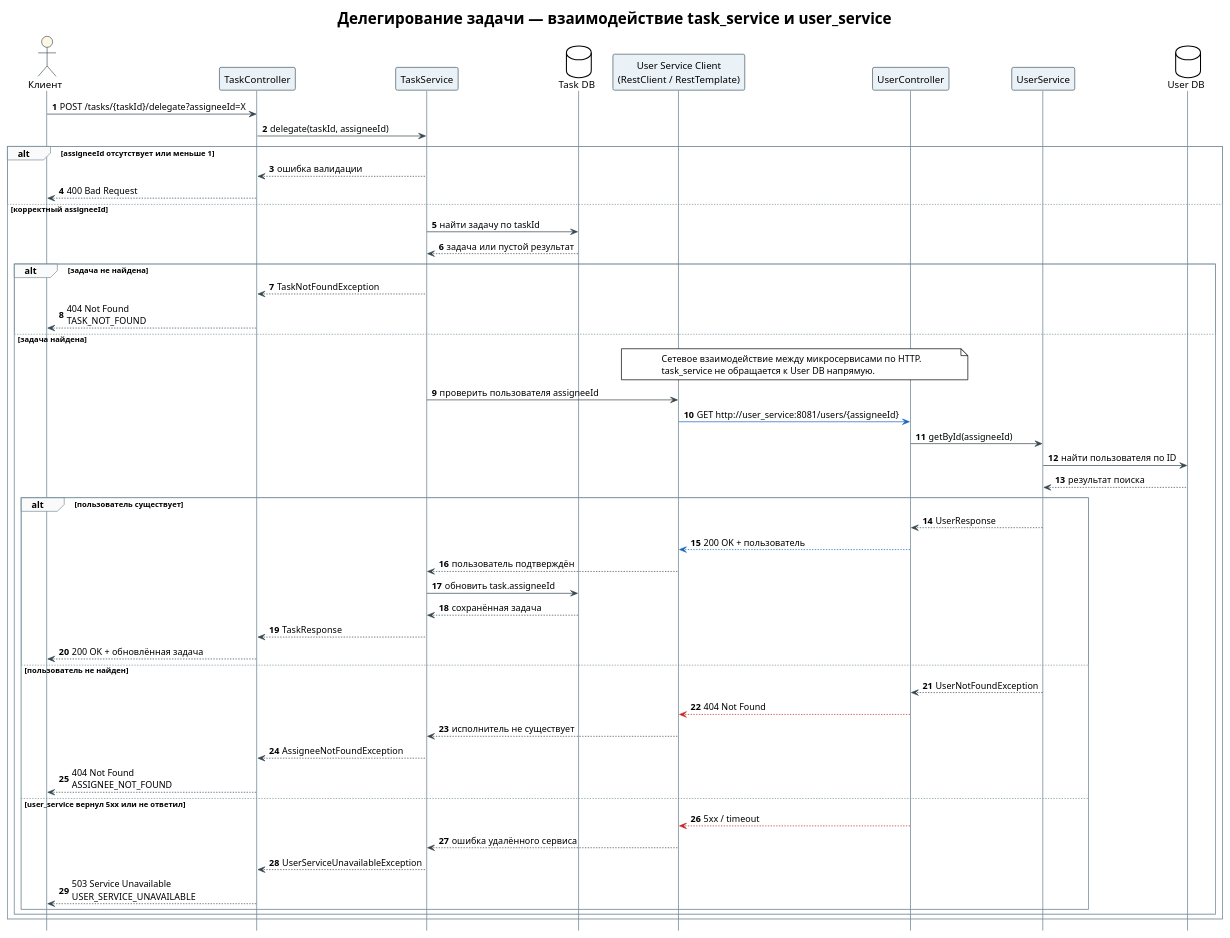
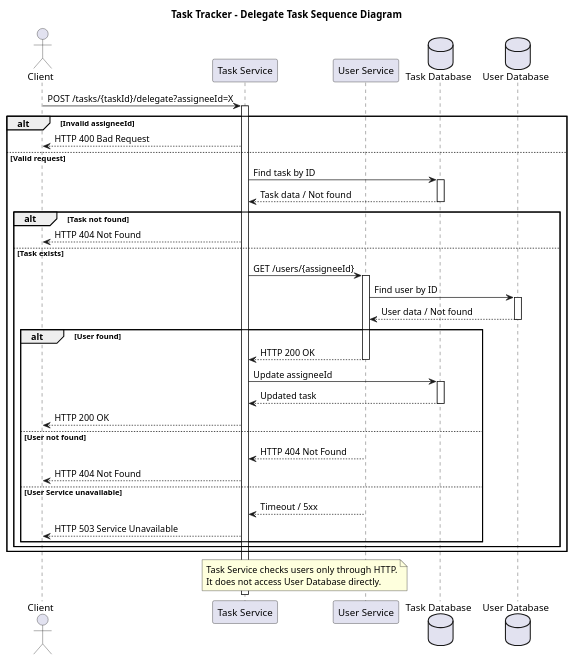
The diagram in docs/delegate-task-sequence.puml (sendmeyoursm1le/task-tracker-monorepo), drawn with PlantUML before and after one commit. The commit also changed 14 other files, not shown here.

```diff
--- a/docs/delegate-task-sequence.puml
+++ b/docs/delegate-task-sequence.puml
@@ -1,77 +1,60 @@
 @startuml
-!theme plain
+title Task Tracker - Delegate Task Sequence Diagram
 
-title Делегирование задачи — взаимодействие task_service и user_service
-autonumber
-hide footbox
+actor Client
+participant "Task Service" as TS
+participant "User Service" as US
+database "Task Database" as TD
+database "User Database" as UD
 
-skinparam shadowing false
-skinparam sequence {
-  ArrowColor #37474F
-  LifeLineBorderColor #607D8B
-  ParticipantBorderColor #455A64
-  ParticipantBackgroundColor #EAF2F8
-  ActorBorderColor #455A64
-  ActorBackgroundColor #FFF8E1
-  GroupBorderColor #78909C
-  GroupBackgroundColor #FAFAFA
-}
+Client -> TS: POST /tasks/{taskId}/delegate?assigneeId=X
+activate TS
 
-actor "Клиент" as Client
-participant "TaskController" as TC
-participant "TaskService" as TS
-database "Task DB" as TDB
-participant "User Service Client\n(RestClient / RestTemplate)" as HTTP
-participant "UserController" as UC
-participant "UserService" as US
-database "User DB" as UDB
+alt Invalid assigneeId
+    TS --> Client: HTTP 400 Bad Request
+else Valid request
+    TS -> TD: Find task by ID
+    activate TD
+    TD --> TS: Task data / Not found
+    deactivate TD
 
-Client -> TC : POST /tasks/{taskId}/delegate?assigneeId=X
-TC -> TS : delegate(taskId, assigneeId)
+    alt Task not found
+        TS --> Client: HTTP 404 Not Found
+    else Task exists
+        TS -> US: GET /users/{assigneeId}
+        activate US
 
-alt assigneeId отсутствует или меньше 1
-  TS --> TC : ошибка валидации
-  TC --> Client : 400 Bad Request
-else корректный assigneeId
-  TS -> TDB : найти задачу по taskId
-  TDB --> TS : задача или пустой результат
+        US -> UD: Find user by ID
+        activate UD
+        UD --> US: User data / Not found
+        deactivate UD
 
-  alt задача не найдена
-    TS --> TC : TaskNotFoundException
-    TC --> Client : 404 Not Found\nTASK_NOT_FOUND
-  else задача найдена
-    note over HTTP,UC
-      Сетевое взаимодействие между микросервисами по HTTP.
-      task_service не обращается к User DB напрямую.
-    end note
+        alt User found
+            US --> TS: HTTP 200 OK
+            deactivate US
 
-    TS -> HTTP : проверить пользователя assigneeId
-    HTTP -[#1565C0]> UC : GET http://user_service:8081/users/{assigneeId}
-    UC -> US : getById(assigneeId)
-    US -> UDB : найти пользователя по ID
-    UDB --> US : результат поиска
+            TS -> TD: Update assigneeId
+            activate TD
+            TD --> TS: Updated task
+            deactivate TD
 
-    alt пользователь существует
-      US --> UC : UserResponse
-      UC -[#1565C0]-> HTTP : 200 OK + пользователь
-      HTTP --> TS : пользователь подтверждён
-      TS -> TDB : обновить task.assigneeId
-      TDB --> TS : сохранённая задача
-      TS --> TC : TaskResponse
-      TC --> Client : 200 OK + обновлённая задача
-    else пользователь не найден
-      US --> UC : UserNotFoundException
-      UC -[#C62828]-> HTTP : 404 Not Found
-      HTTP --> TS : исполнитель не существует
-      TS --> TC : AssigneeNotFoundException
-      TC --> Client : 404 Not Found\nASSIGNEE_NOT_FOUND
-    else user_service вернул 5xx или не ответил
-      UC -[#C62828]-> HTTP : 5xx / timeout
-      HTTP --> TS : ошибка удалённого сервиса
-      TS --> TC : UserServiceUnavailableException
-      TC --> Client : 503 Service Unavailable\nUSER_SERVICE_UNAVAILABLE
+            TS --> Client: HTTP 200 OK
+        else User not found
+            US --> TS: HTTP 404 Not Found
+            deactivate US
+            TS --> Client: HTTP 404 Not Found
+        else User Service unavailable
+            US --> TS: Timeout / 5xx
+            deactivate US
+            TS --> Client: HTTP 503 Service Unavailable
+        end
     end
-  end
 end
 
+note over TS,US
+  Task Service checks users only through HTTP.
+  It does not access User Database directly.
+end note
+
+deactivate TS
 @enduml
```
